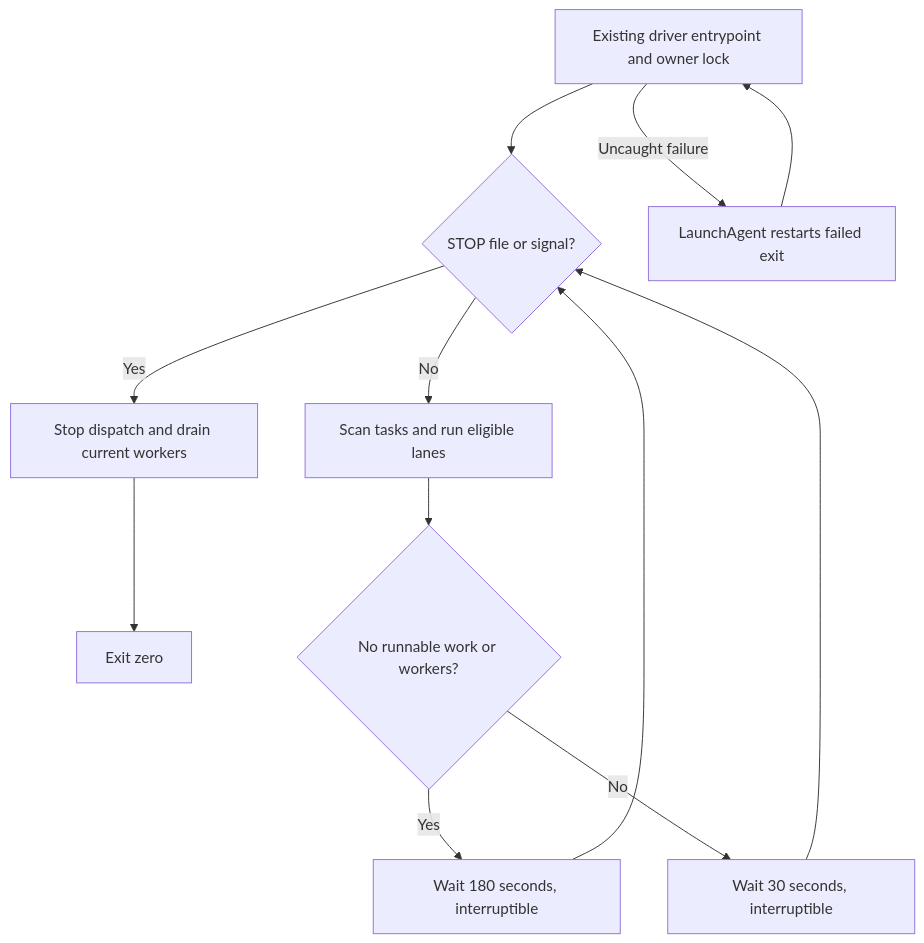
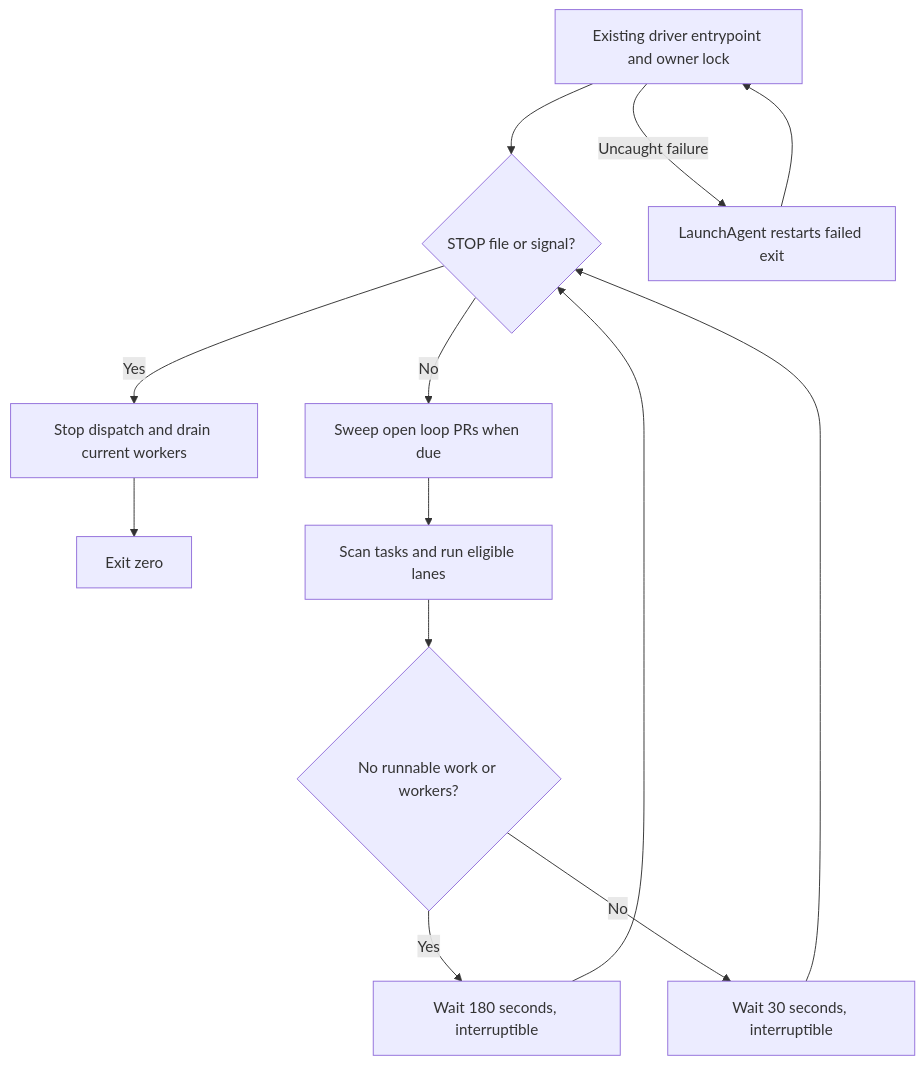
Before and after one commit to dgmolla/fitsy: the diagram in docs/engineering/devops/loop-driver.md, drawn with Mermaid. The commit also changed other lines of this file and 11 other files, not shown here.

````diff
--- a/docs/engineering/devops/loop-driver.md
+++ b/docs/engineering/devops/loop-driver.md
@@ -8,14 +21,15 @@
 ```mermaid
 flowchart TD
     A[Existing driver entrypoint and owner lock] --> B{STOP file or signal?}
     B -->|Yes| C[Stop dispatch and drain current workers]
     C --> D[Exit zero]
-    B -->|No| E[Scan tasks and run eligible lanes]
+    B -->|No| J[Sweep open loop PRs when due]
+    J --> E[Scan tasks and run eligible lanes]
     E --> F{No runnable work or workers?}
     F -->|Yes| G[Wait 180 seconds, interruptible]
     F -->|No| H[Wait 30 seconds, interruptible]
     G --> B
     H --> B
     A -->|Uncaught failure| I[LaunchAgent restarts failed exit]
     I --> A
 ```
````
